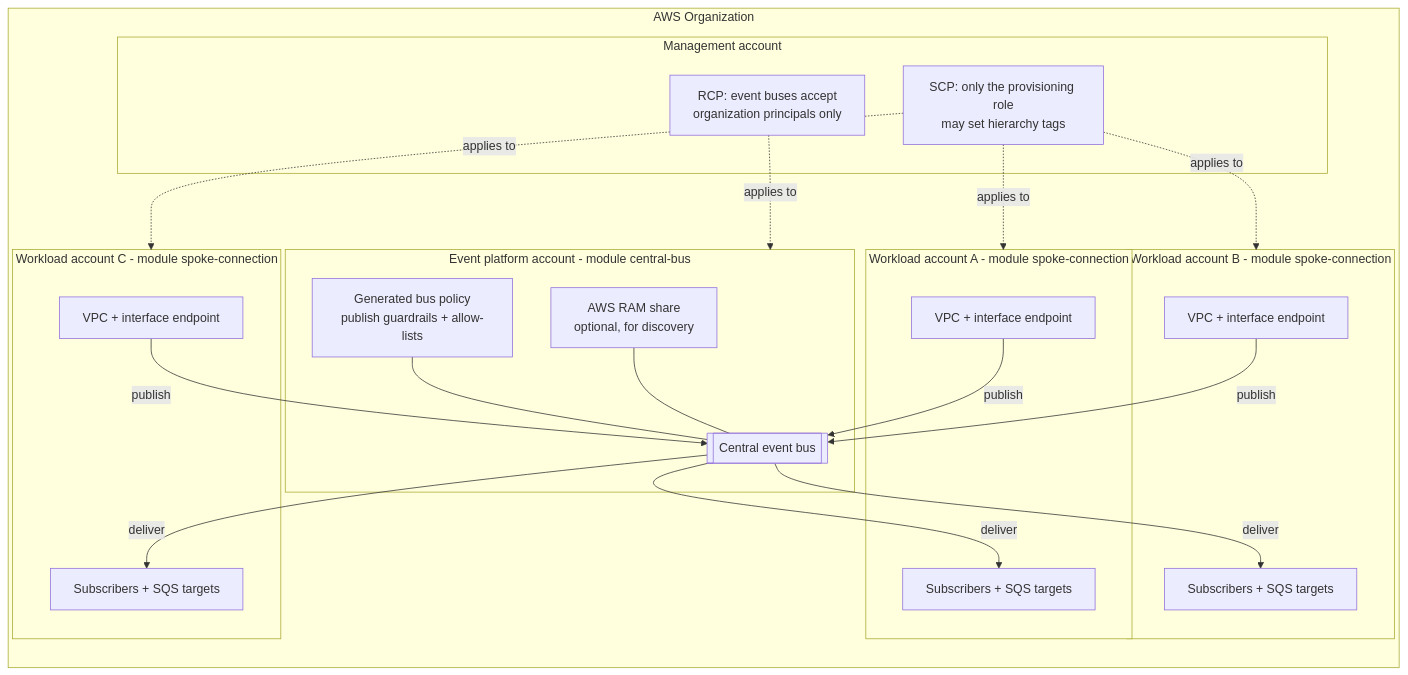
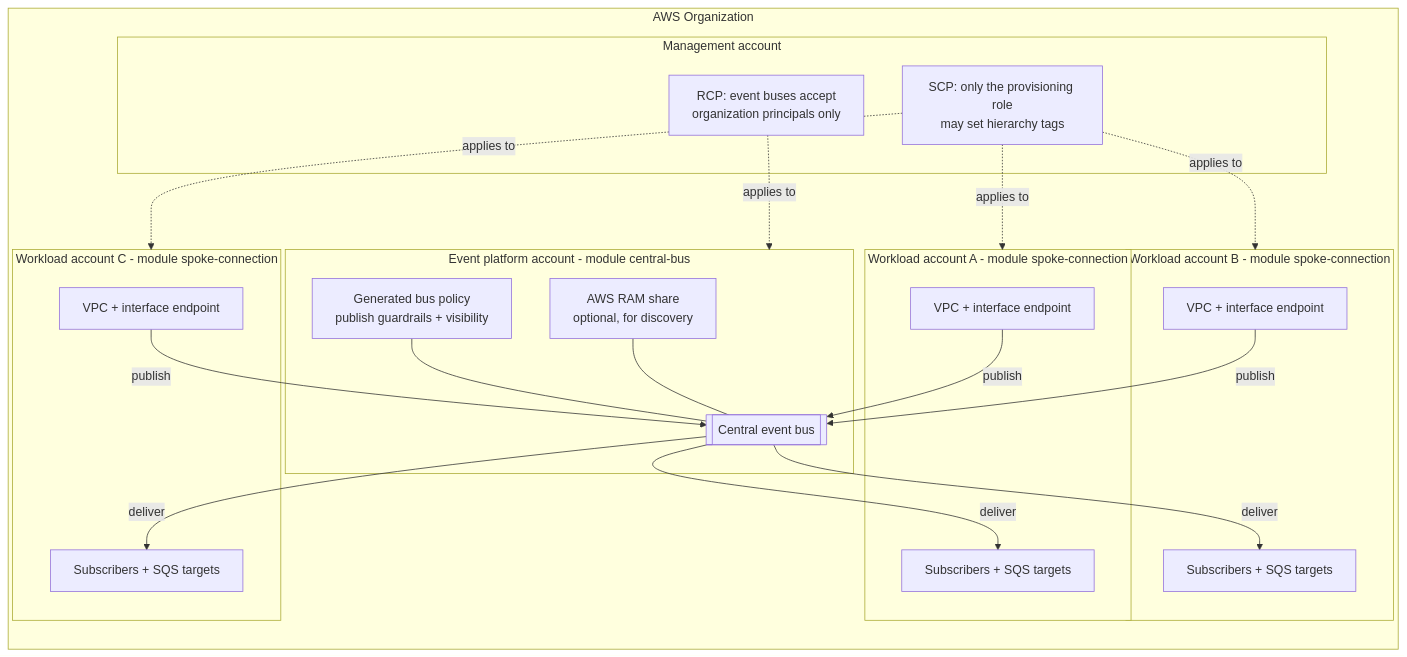
One commit to aws-abaschen/terraform-aws-org-event-bus changed the first of 6 diagrams in README.md. Above: the diagram before and after it, drawn with Mermaid. The commit also changed other lines of this file and 39 other files, not shown here.

````diff
--- a/README.md
+++ b/README.md
@@ -73,45 +79,45 @@
 ```mermaid
 flowchart TB
   subgraph org["AWS Organization"]
     direction TB
 
     subgraph mgmt["Management account"]
       scp["SCP: only the provisioning role<br/>may set hierarchy tags"]
       rcp["RCP: event buses accept<br/>organization principals only"]
     end
 
     subgraph platform["Event platform account - module central-bus"]
       bus[["Central event bus"]]
-      policy["Generated bus policy<br/>publish guardrails + allow-lists"]
+      policy["Generated bus policy<br/>publish guardrails + visibility"]
       share["AWS RAM share<br/>optional, for discovery"]
       policy --- bus
       share --- bus
     end
 
     subgraph spokeA["Workload account A - module spoke-connection"]
       vpcA["VPC + interface endpoint"]
       subA["Subscribers + SQS targets"]
     end
 
     subgraph spokeB["Workload account B - module spoke-connection"]
       vpcB["VPC + interface endpoint"]
       subB["Subscribers + SQS targets"]
     end
 
     subgraph spokeC["Workload account C - module spoke-connection"]
       vpcC["VPC + interface endpoint"]
       subC["Subscribers + SQS targets"]
     end
   end
 
   vpcA -- "publish" --> bus
   vpcB -- "publish" --> bus
   vpcC -- "publish" --> bus
   bus -- "deliver" --> subA
   bus -- "deliver" --> subB
   bus -- "deliver" --> subC
   scp -. "applies to" .-> spokeA
   scp -. "applies to" .-> spokeB
   scp -. "applies to" .-> spokeC
   rcp -. "applies to" .-> platform
 ```
````
